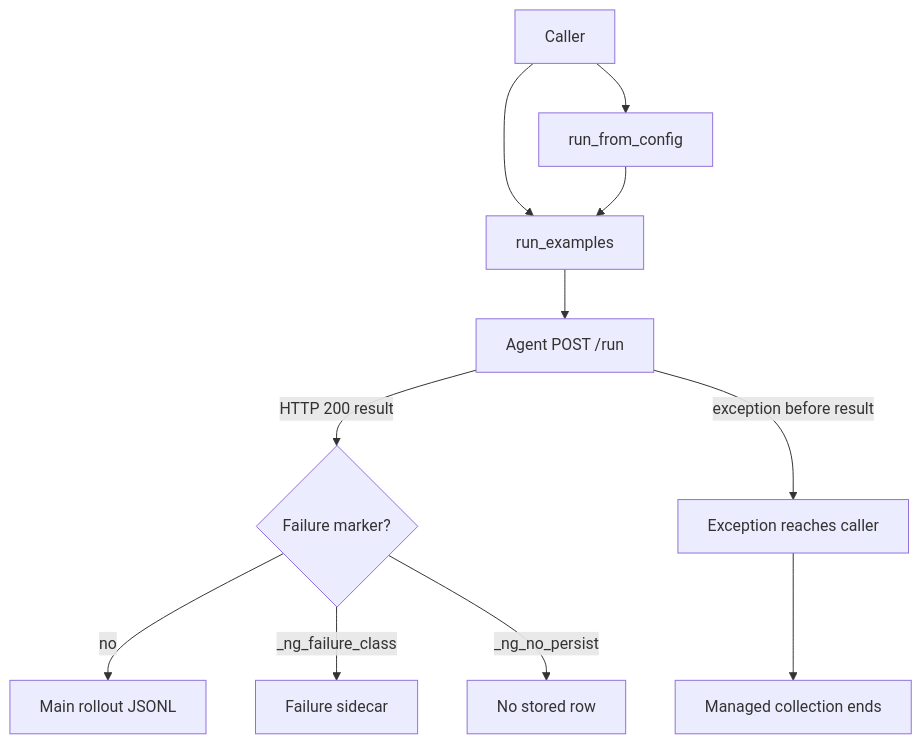
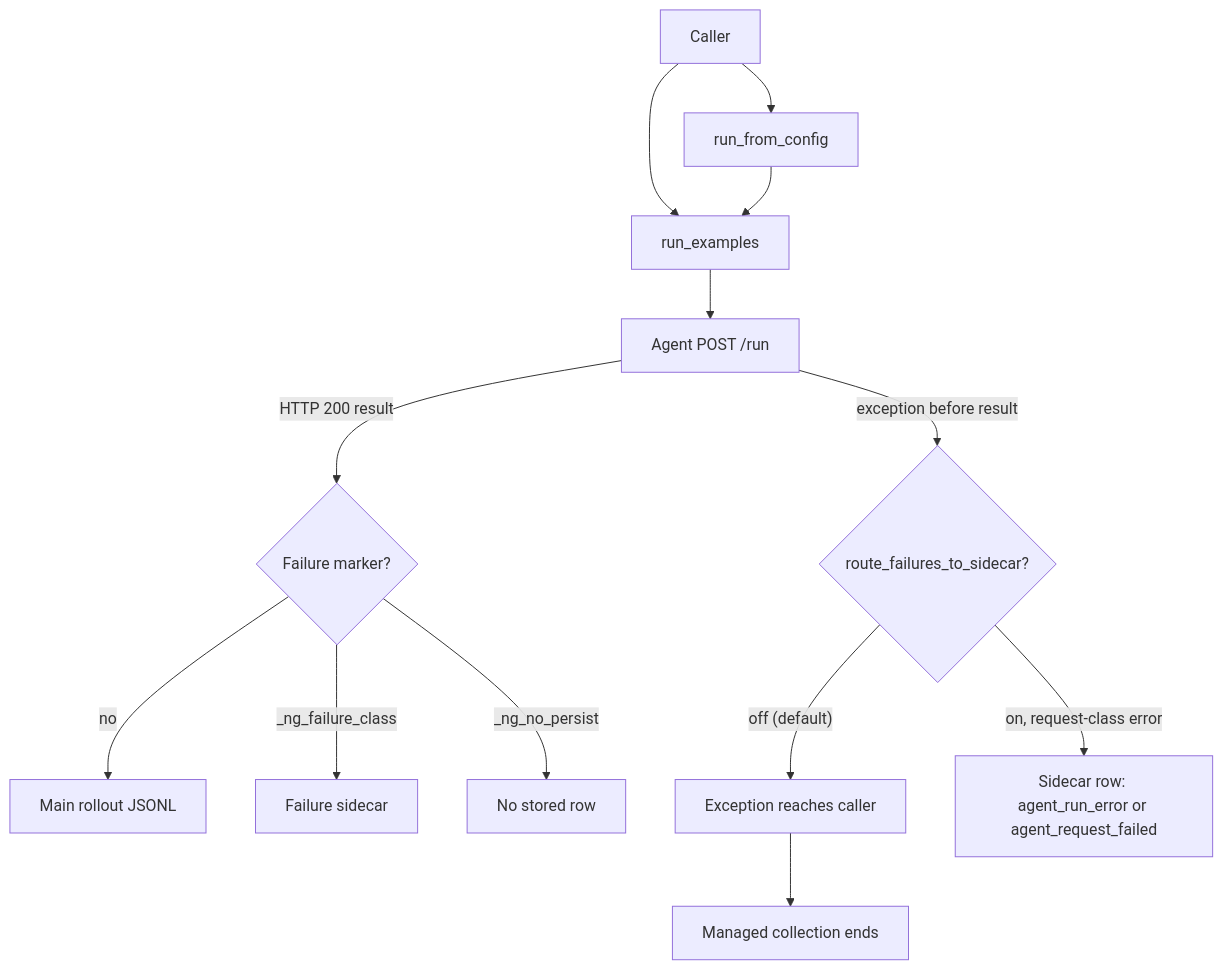
The diagram in investigations/nemo-gym-error-handling-today.md (ananthsub/Gym), drawn with Mermaid before and after one commit. The commit also changed other lines of this file and 2 other files, not shown here.

````diff
--- a/investigations/nemo-gym-error-handling-today.md
+++ b/investigations/nemo-gym-error-handling-today.md
@@ -16,13 +16,15 @@
 ```mermaid
 flowchart TD
     CALLER["Caller"] --> MANAGED["run_from_config"]
     CALLER --> LIBRARY["run_examples"]
     MANAGED --> LIBRARY
     LIBRARY --> RUN["Agent POST /run"]
     RUN -->|"HTTP 200 result"| RESULT{"Failure marker?"}
     RESULT -->|"no"| MAIN["Main rollout JSONL"]
     RESULT -->|"_ng_failure_class"| SIDE["Failure sidecar"]
     RESULT -->|"_ng_no_persist"| OMIT["No stored row"]
-    RUN -->|"exception before result"| ERROR["Exception reaches caller"]
+    RUN -->|"exception before result"| ROUTE{"route_failures_to_sidecar?"}
+    ROUTE -->|"off (default)"| ERROR["Exception reaches caller"]
+    ROUTE -->|"on, request-class error"| REQFAIL["Sidecar row: agent_run_error or agent_request_failed"]
     ERROR --> ABORT["Managed collection ends"]
 ```
````
